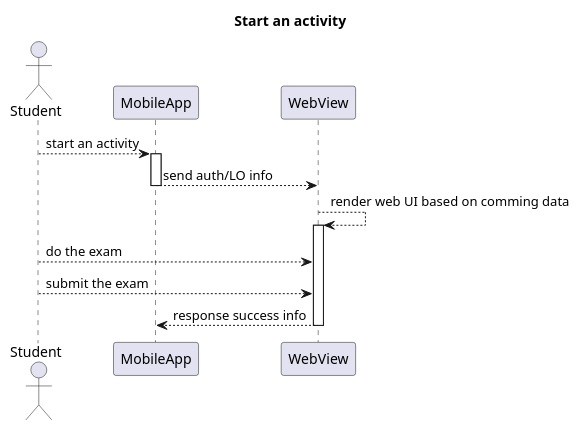
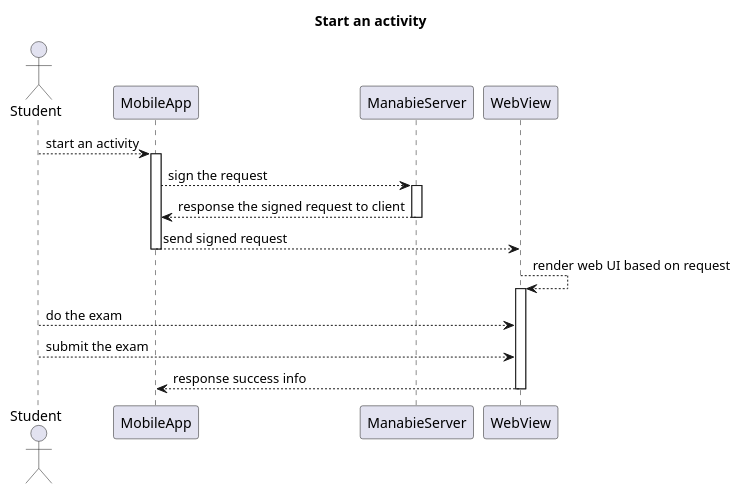
Before and after one commit to hohieuu/learnosity-test: the diagram in docs/sequence_diagram.puml, drawn with PlantUML.

Commit message:
update sequence diagram

```diff
--- a/docs/sequence_diagram.puml
+++ b/docs/sequence_diagram.puml
@@ -1,14 +1,18 @@
 @startuml
 title Start an activity
 actor Student
 Student --> MobileApp: start an activity
 activate MobileApp
-MobileApp --> WebView: send auth/LO info
+MobileApp --> ManabieServer: sign the request
+activate ManabieServer
+ManabieServer --> MobileApp: response the signed request to client
+deactivate ManabieServer
+MobileApp --> WebView: send signed request
 deactivate MobileApp
-WebView --> WebView: render web UI based on comming data 
+WebView --> WebView: render web UI based on request 
 activate WebView
 Student --> WebView: do the exam
 Student --> WebView: submit the exam
 WebView --> MobileApp: response success info
 deactivate WebView
 @enduml
```
